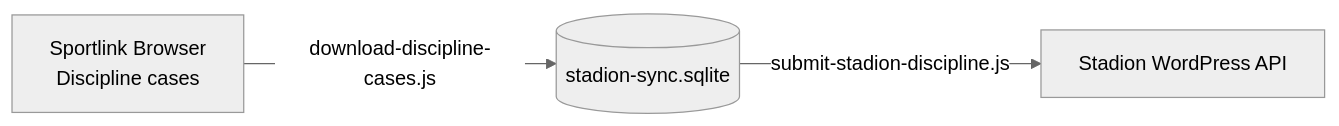
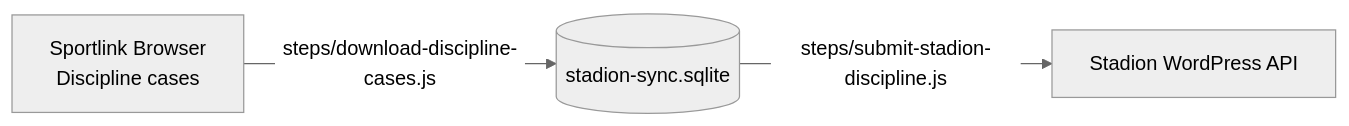
Before and after one commit to jdevalk/sportlink-sync: the seventh of 8 diagrams in docs/sync-architecture.md, drawn with Mermaid (neutral theme). The commit also changed other lines of this file and 117 other files, not shown here.

````diff
--- a/docs/sync-architecture.md
+++ b/docs/sync-architecture.md
@@ -456,9 +456,9 @@
 ```mermaid
 graph LR
     SL[Sportlink Browser<br>Discipline cases]
     DB[(stadion-sync.sqlite)]
     ST[Stadion WordPress API]
 
-    SL -->|download-discipline-cases.js| DB
-    DB -->|submit-stadion-discipline.js| ST
+    SL -->|steps/download-discipline-cases.js| DB
+    DB -->|steps/submit-stadion-discipline.js| ST
 ```
````
